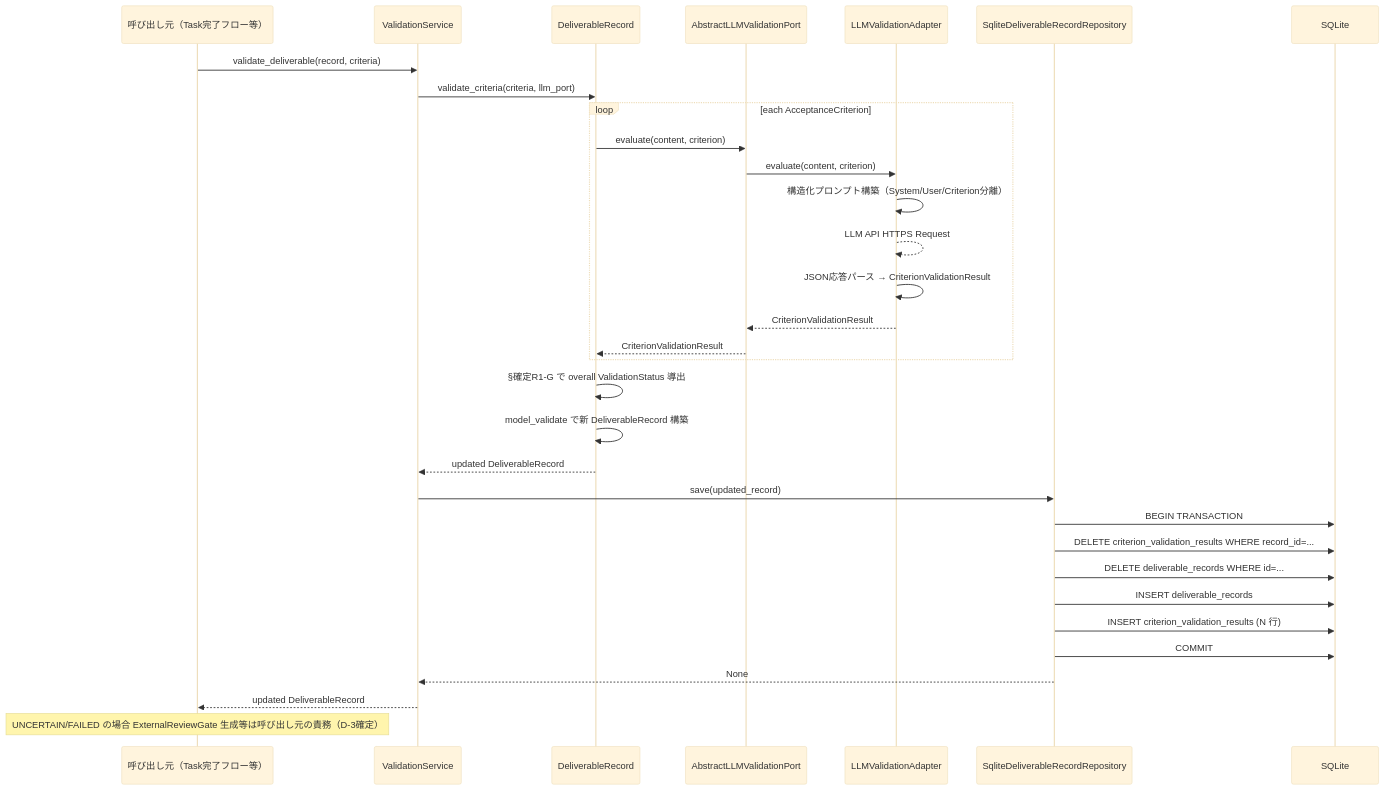
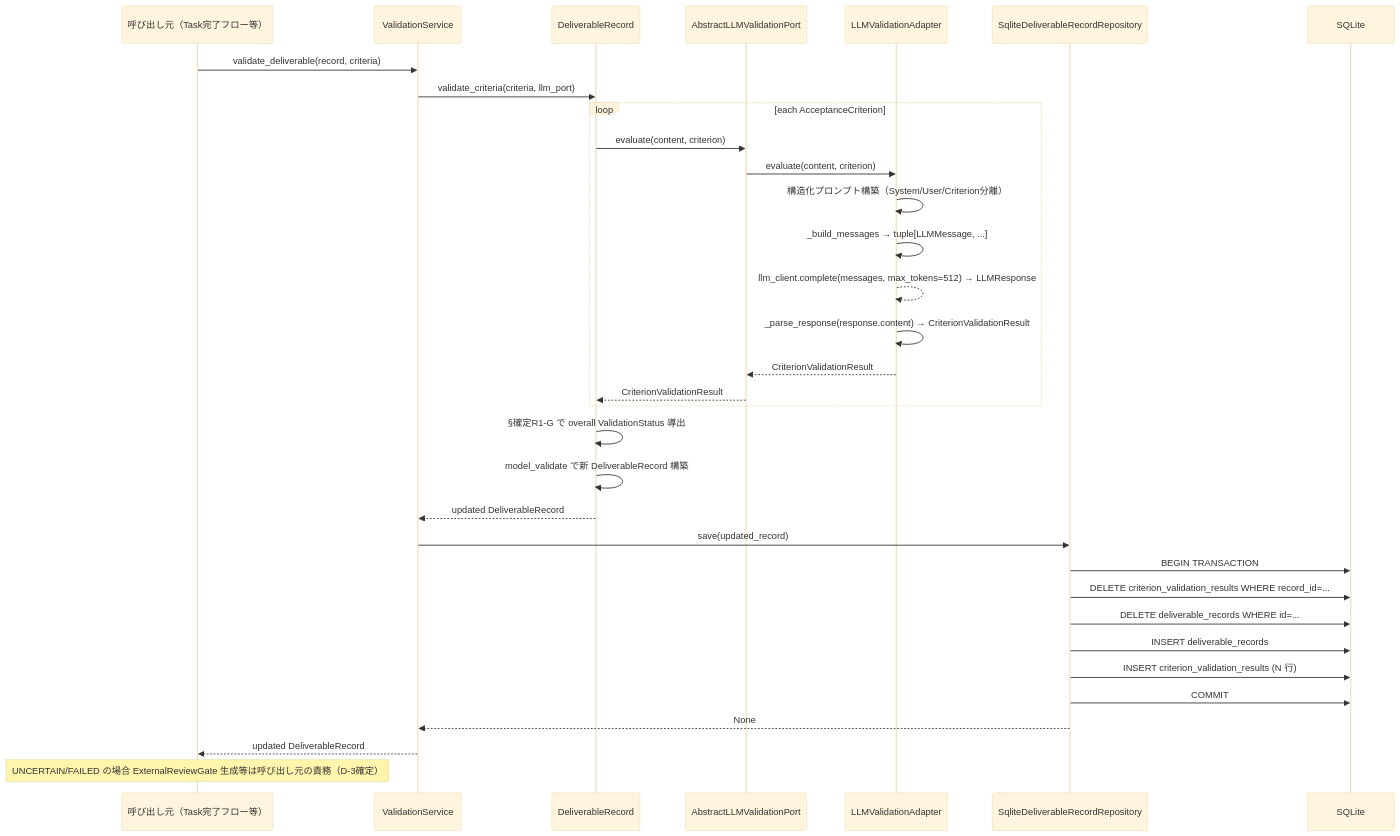
The second of 3 diagrams in docs/features/deliverable-template/ai-validation/basic-design.md (bakufu-dev/bakufu), drawn with Mermaid (base theme) before and after one commit. The commit also changed other lines of this file and 2 other files, not shown here.

First line of the commit message:
docs(ai-validation): AbstractLLMClient DI 注入に整合する設計書更新（Issue #123）

````diff
--- a/docs/features/deliverable-template/ai-validation/basic-design.md
+++ b/docs/features/deliverable-template/ai-validation/basic-design.md
@@ -191,35 +190,36 @@
 ```mermaid
 sequenceDiagram
     participant Client as 呼び出し元（Task完了フロー等）
     participant VS as ValidationService
     participant DR as DeliverableRecord
     participant Port as AbstractLLMValidationPort
     participant Adapter as LLMValidationAdapter
     participant Repo as SqliteDeliverableRecordRepository
     participant DB as SQLite
 
     Client->>VS: validate_deliverable(record, criteria)
     VS->>DR: validate_criteria(criteria, llm_port)
     loop each AcceptanceCriterion
         DR->>Port: evaluate(content, criterion)
         Port->>Adapter: evaluate(content, criterion)
         Adapter->>Adapter: 構造化プロンプト構築（System/User/Criterion分離）
-        Adapter-->>Adapter: LLM API HTTPS Request
-        Adapter->>Adapter: JSON応答パース → CriterionValidationResult
+        Adapter->>Adapter: _build_messages → tuple[LLMMessage, ...]
+        Adapter-->>Adapter: llm_client.complete(messages, max_tokens=512) → LLMResponse
+        Adapter->>Adapter: _parse_response(response.content) → CriterionValidationResult
         Adapter-->>Port: CriterionValidationResult
         Port-->>DR: CriterionValidationResult
     end
     DR->>DR: §確定R1-G で overall ValidationStatus 導出
     DR->>DR: model_validate で新 DeliverableRecord 構築
     DR-->>VS: updated DeliverableRecord
     VS->>Repo: save(updated_record)
     Repo->>DB: BEGIN TRANSACTION
     Repo->>DB: DELETE criterion_validation_results WHERE record_id=...
     Repo->>DB: DELETE deliverable_records WHERE id=...
     Repo->>DB: INSERT deliverable_records
     Repo->>DB: INSERT criterion_validation_results (N 行)
     Repo->>DB: COMMIT
     Repo-->>VS: None
     VS-->>Client: updated DeliverableRecord
     Note over Client: UNCERTAIN/FAILED の場合 ExternalReviewGate 生成等は呼び出し元の責務（D-3確定）
 ```
````
